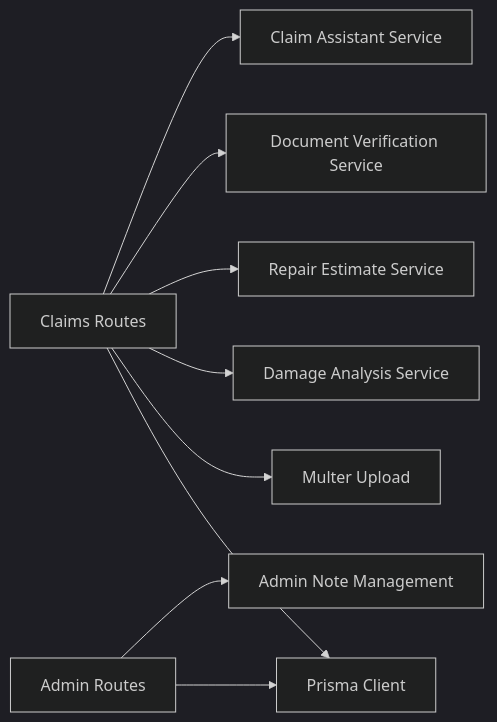
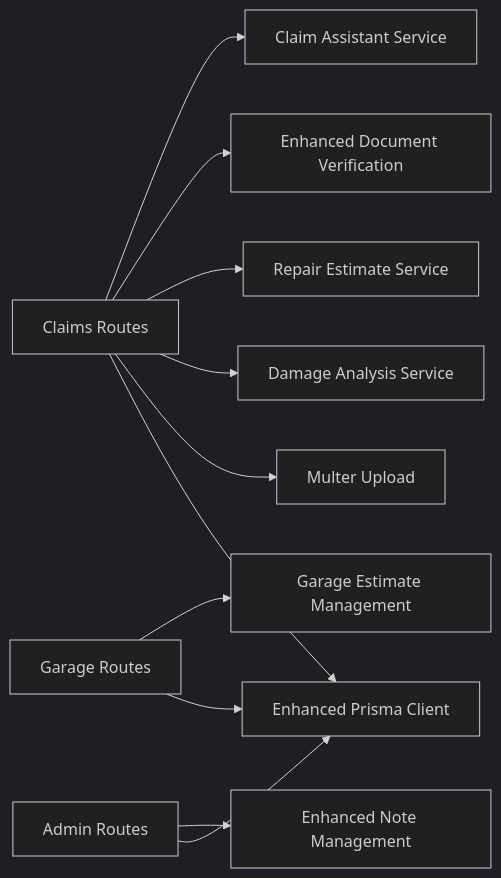
One commit to NaveenHiranya/Smart-Vehicle-Insurance-Claim-System changed the fourth of 8 diagrams in .qoder/repowiki/en/content/Backend Documentation/API Endpoints Reference/Claims Processing Endpoints.md. Above: the diagram before and after it, drawn with Mermaid (dark theme). The commit also changed other lines of this file and 33 other files, not shown here.

````diff
--- a/.qoder/repowiki/en/content/Backend Documentation/API Endpoints Reference/Claims Processing Endpoints.md
+++ b/.qoder/repowiki/en/content/Backend Documentation/API Endpoints Reference/Claims Processing Endpoints.md
@@ -341,11 +369,13 @@
 ```mermaid
 graph LR
-Claims["Claims Routes"] --> Prisma["Prisma Client"]
+Claims["Claims Routes"] --> Prisma["Enhanced Prisma Client"]
 Claims --> Multer["Multer Upload"]
 Claims --> DamageSvc["Damage Analysis Service"]
 Claims --> RepairSvc["Repair Estimate Service"]
-Claims --> DocVerifySvc["Document Verification Service"]
+Claims --> DocVerifySvc["Enhanced Document Verification"]
 Claims --> ChatSvc["Claim Assistant Service"]
 Admin["Admin Routes"] --> Prisma
-Admin --> Notes["Admin Note Management"]
+Admin --> Notes["Enhanced Note Management"]
+Garage["Garage Routes"] --> Prisma
+Garage --> GarageEstimates["Garage Estimate Management"]
 ```
````
